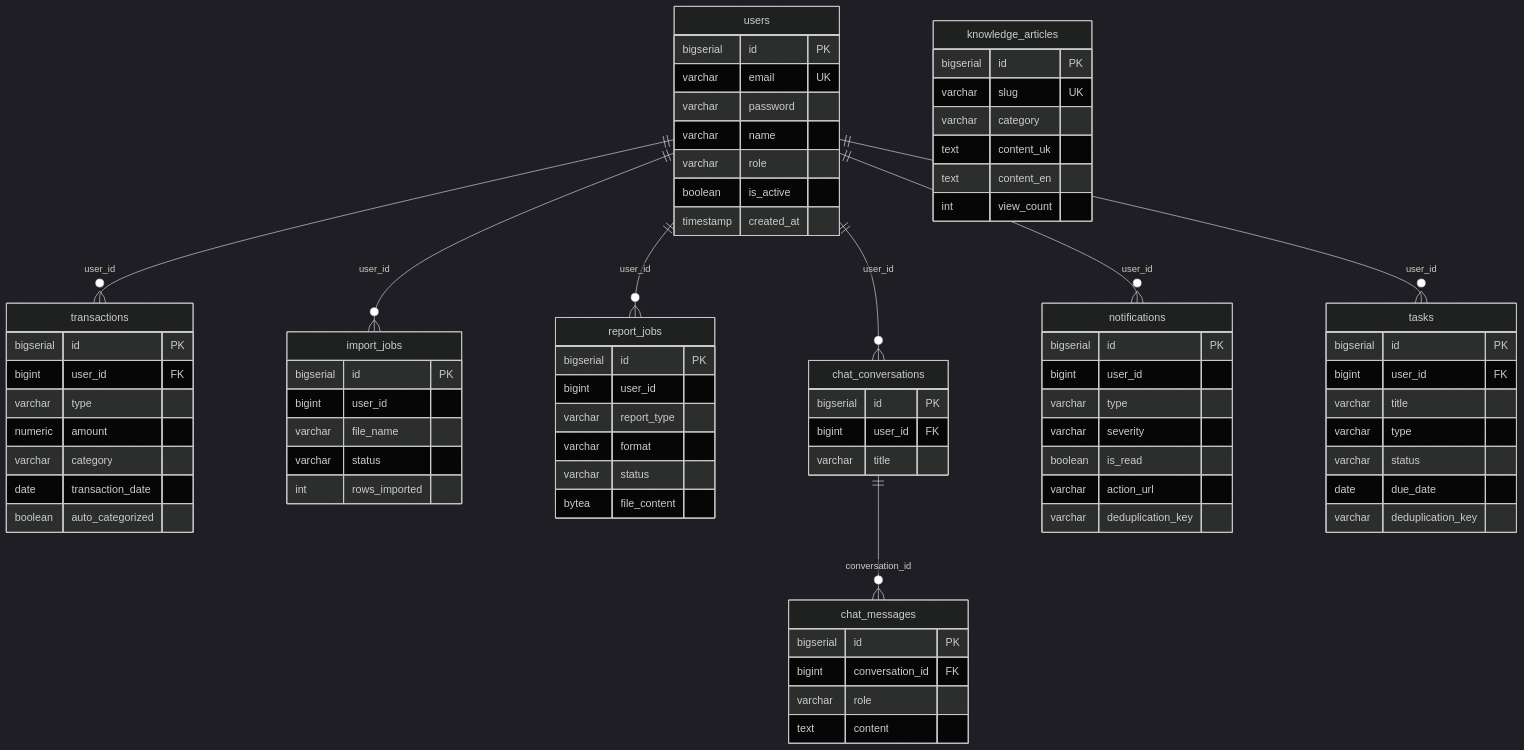
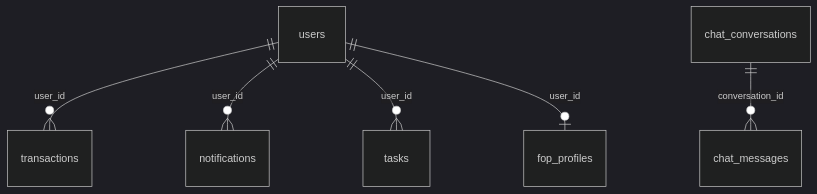
The diagram in docs/database/er-diagram.md (YevheniiaDem/flowiq-backend), drawn with Mermaid (dark theme) before and after one commit. The commit also changed other lines of this file and 41 other files, not shown here.

First line of the commit message:
Add product docs, architecture handbook, security audit, and prod hardening.

````diff
--- a/docs/database/er-diagram.md
+++ b/docs/database/er-diagram.md
@@ -5,89 +9,8 @@
 ```mermaid
 erDiagram
-    users {
-        bigserial id PK
-        varchar email UK
-        varchar password
-        varchar name
-        varchar role
-        boolean is_active
-        timestamp created_at
-    }
-
-    transactions {
-        bigserial id PK
-        bigint user_id FK
-        varchar type
-        numeric amount
-        varchar category
-        date transaction_date
-        boolean auto_categorized
-    }
-
-    import_jobs {
-        bigserial id PK
-        bigint user_id
-        varchar file_name
-        varchar status
-        int rows_imported
-    }
-
-    report_jobs {
-        bigserial id PK
-        bigint user_id
-        varchar report_type
-        varchar format
-        varchar status
-        bytea file_content
-    }
-
-    chat_conversations {
-        bigserial id PK
-        bigint user_id FK
-        varchar title
-    }
-
-    chat_messages {
-        bigserial id PK
-        bigint conversation_id FK
-        varchar role
-        text content
-    }
-
-    notifications {
-        bigserial id PK
-        bigint user_id
-        varchar type
-        varchar severity
-        boolean is_read
-        varchar action_url
-        varchar deduplication_key
-    }
-
-    tasks {
-        bigserial id PK
-        bigint user_id FK
-        varchar title
-        varchar type
-        varchar status
-        date due_date
-        varchar deduplication_key
-    }
-
-    knowledge_articles {
-        bigserial id PK
-        varchar slug UK
-        varchar category
-        text content_uk
-        text content_en
-        int view_count
-    }
-
     users ||--o{ transactions : "user_id"
-    users ||--o{ chat_conversations : "user_id"
-    users ||--o{ import_jobs : "user_id"
-    users ||--o{ report_jobs : "user_id"
     users ||--o{ notifications : "user_id"
     users ||--o{ tasks : "user_id"
+    users ||--o| fop_profiles : "user_id"
     chat_conversations ||--o{ chat_messages : "conversation_id"
 ```
````
